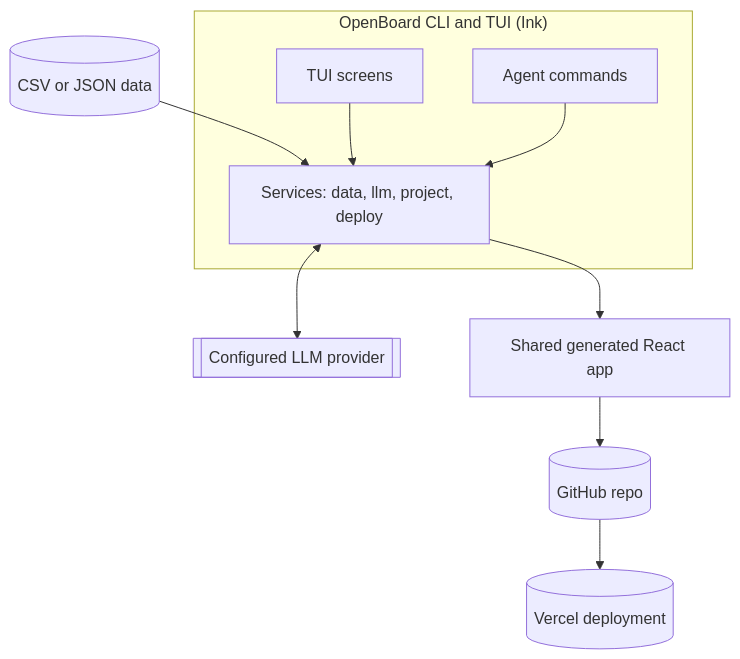
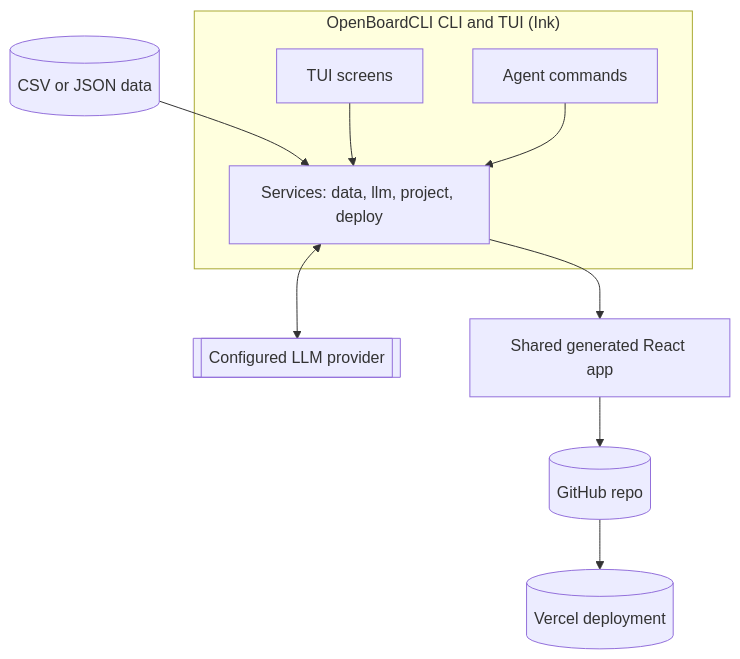
One commit to syedateebulislam/openboard changed the first of 8 diagrams in arch.md. Above: the diagram before and after it, drawn with Mermaid. The commit also changed other lines of this file and 110 other files, not shown here.

````diff
--- a/arch.md
+++ b/arch.md
@@ -11,19 +11,19 @@
 ```mermaid
 flowchart TB
-    subgraph OB["OpenBoard CLI and TUI (Ink)"]
+    subgraph OB["OpenBoardCLI CLI and TUI (Ink)"]
         T[TUI screens]
         AG[Agent commands]
         S[Services: data, llm, project, deploy]
     end
     D[(CSV or JSON data)]
     L[[Configured LLM provider]]
     APP[Shared generated React app]
     GH[(GitHub repo)]
     V[(Vercel deployment)]
     D --> S
     T --> S
     AG --> S
     S <--> L
     S --> APP
     APP --> GH --> V
 ```
````
